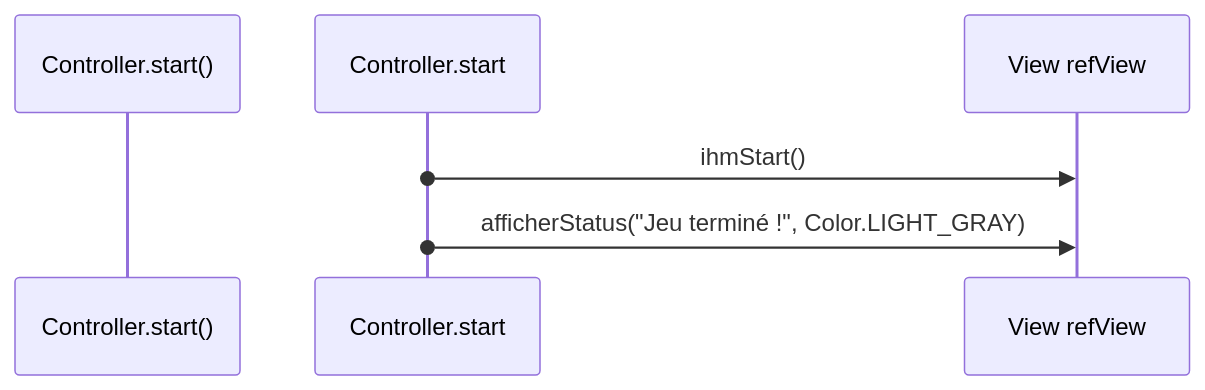
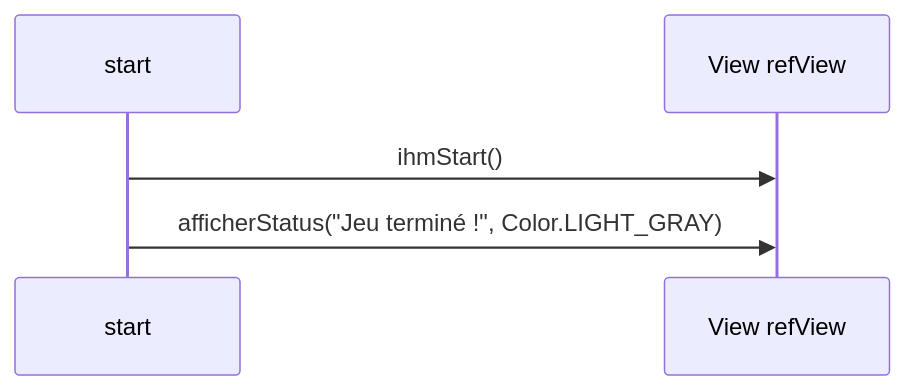
One commit to emf-info-d400/Ex04-DevineMonNombre changed the fourth of 6 diagrams in README.md. Above: the diagram before and after it, drawn with Mermaid. The commit also changed other lines of this file, not shown here.

Commit message:
correction mermaid

````diff
--- a/README.md
+++ b/README.md
@@ -130,6 +130,6 @@
 ```mermaid
 sequenceDiagram
-    participant Controller.start()
-    Controller.start()->>View refView: ihmStart()
-    Controller.start()->>View refView: afficherStatus("Jeu terminé !", Color.LIGHT_GRAY)
+    participant start
+    start->>View refView: ihmStart()
+    start->>View refView: afficherStatus("Jeu terminé !", Color.LIGHT_GRAY)
 ```
````
